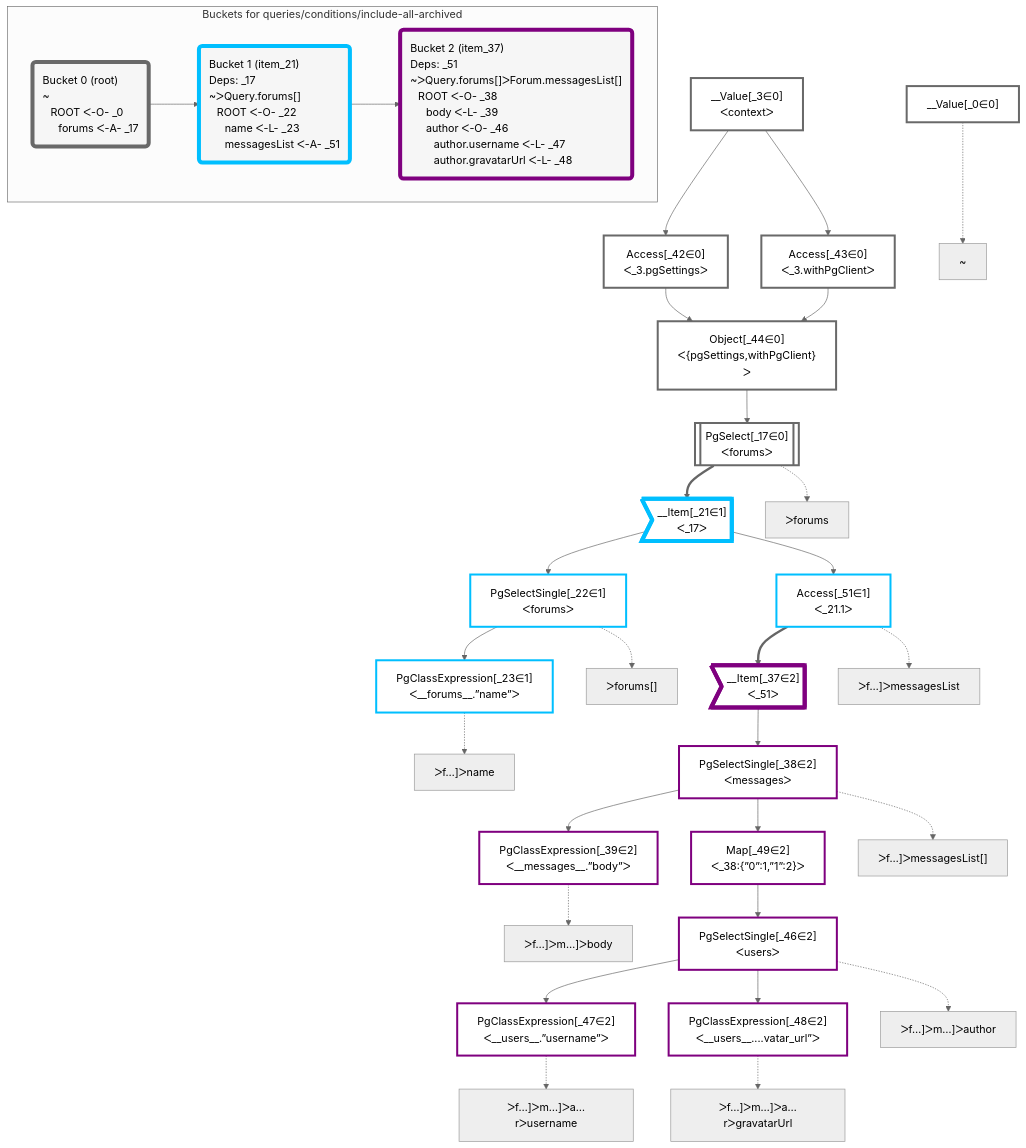
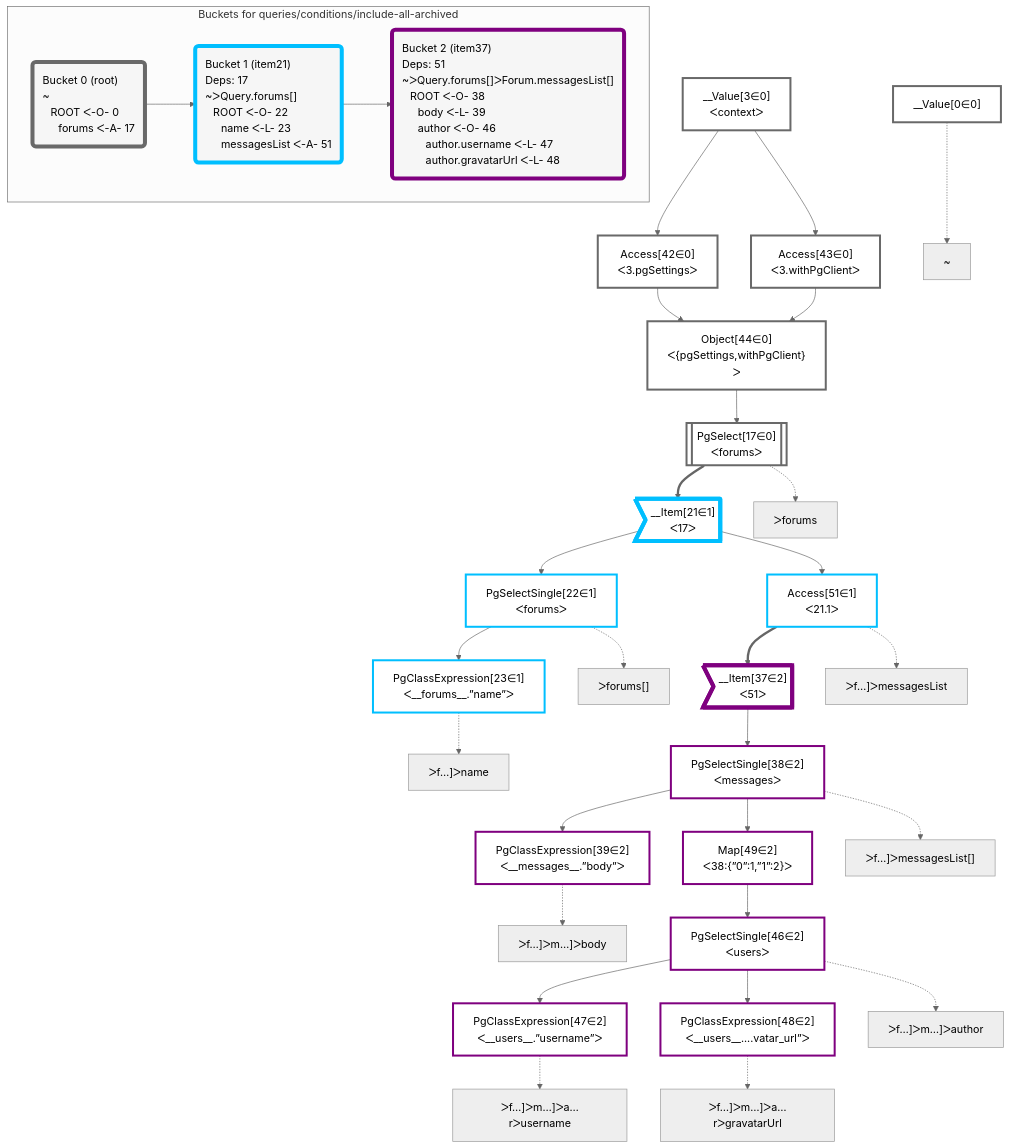
Before and after one commit to graphile/crystal: the diagram in packages/dataplan-pg/__tests__/queries/conditions/include-all-archived.mermaid.md, drawn with Mermaid (neutral theme). The commit also changed 195 other files, not shown here.

````diff
--- a/packages/dataplan-pg/__tests__/queries/conditions/include-all-archived.mermaid.md
+++ b/packages/dataplan-pg/__tests__/queries/conditions/include-all-archived.mermaid.md
@@ -1,81 +1,81 @@
 ```mermaid
 graph TD
     classDef path fill:#eee,stroke:#000,color:#000
     classDef plan fill:#fff,stroke-width:3px,color:#000
     classDef itemplan fill:#fff,stroke-width:6px,color:#000
     classDef sideeffectplan fill:#f00,stroke-width:6px,color:#000
     classDef bucket fill:#f6f6f6,color:#000,stroke-width:6px,text-align:left
 
 
     %% define plans
-    __Value_0["__Value[_0∈0]"]:::plan
-    PgClassExpression_23["PgClassExpression[_23∈1]<br />ᐸ__forums__.”name”ᐳ"]:::plan
-    PgSelectSingle_22["PgSelectSingle[_22∈1]<br />ᐸforumsᐳ"]:::plan
-    PgClassExpression_39["PgClassExpression[_39∈2]<br />ᐸ__messages__.”body”ᐳ"]:::plan
-    PgClassExpression_47["PgClassExpression[_47∈2]<br />ᐸ__users__.”username”ᐳ"]:::plan
-    PgClassExpression_48["PgClassExpression[_48∈2]<br />ᐸ__users__....vatar_url”ᐳ"]:::plan
-    PgSelectSingle_46["PgSelectSingle[_46∈2]<br />ᐸusersᐳ"]:::plan
-    Map_49["Map[_49∈2]<br />ᐸ_38:{”0”:1,”1”:2}ᐳ"]:::plan
-    PgSelectSingle_38["PgSelectSingle[_38∈2]<br />ᐸmessagesᐳ"]:::plan
-    __Item_37>"__Item[_37∈2]<br />ᐸ_51ᐳ"]:::itemplan
-    Access_51["Access[_51∈1]<br />ᐸ_21.1ᐳ"]:::plan
-    __Item_21>"__Item[_21∈1]<br />ᐸ_17ᐳ"]:::itemplan
-    PgSelect_17[["PgSelect[_17∈0]<br />ᐸforumsᐳ"]]:::plan
-    Object_44["Object[_44∈0]<br />ᐸ{pgSettings,withPgClient}ᐳ"]:::plan
-    Access_42["Access[_42∈0]<br />ᐸ_3.pgSettingsᐳ"]:::plan
-    Access_43["Access[_43∈0]<br />ᐸ_3.withPgClientᐳ"]:::plan
-    __Value_3["__Value[_3∈0]<br />ᐸcontextᐳ"]:::plan
+    __Value0["__Value[0∈0]"]:::plan
+    PgClassExpression23["PgClassExpression[23∈1]<br />ᐸ__forums__.”name”ᐳ"]:::plan
+    PgSelectSingle22["PgSelectSingle[22∈1]<br />ᐸforumsᐳ"]:::plan
+    PgClassExpression39["PgClassExpression[39∈2]<br />ᐸ__messages__.”body”ᐳ"]:::plan
+    PgClassExpression47["PgClassExpression[47∈2]<br />ᐸ__users__.”username”ᐳ"]:::plan
+    PgClassExpression48["PgClassExpression[48∈2]<br />ᐸ__users__....vatar_url”ᐳ"]:::plan
+    PgSelectSingle46["PgSelectSingle[46∈2]<br />ᐸusersᐳ"]:::plan
+    Map49["Map[49∈2]<br />ᐸ38:{”0”:1,”1”:2}ᐳ"]:::plan
+    PgSelectSingle38["PgSelectSingle[38∈2]<br />ᐸmessagesᐳ"]:::plan
+    __Item37>"__Item[37∈2]<br />ᐸ51ᐳ"]:::itemplan
+    Access51["Access[51∈1]<br />ᐸ21.1ᐳ"]:::plan
+    __Item21>"__Item[21∈1]<br />ᐸ17ᐳ"]:::itemplan
+    PgSelect17[["PgSelect[17∈0]<br />ᐸforumsᐳ"]]:::plan
+    Object44["Object[44∈0]<br />ᐸ{pgSettings,withPgClient}ᐳ"]:::plan
+    Access42["Access[42∈0]<br />ᐸ3.pgSettingsᐳ"]:::plan
+    Access43["Access[43∈0]<br />ᐸ3.withPgClientᐳ"]:::plan
+    __Value3["__Value[3∈0]<br />ᐸcontextᐳ"]:::plan
 
     %% plan dependencies
-    PgSelectSingle_22 --> PgClassExpression_23
-    __Item_21 --> PgSelectSingle_22
-    PgSelectSingle_38 --> PgClassExpression_39
-    PgSelectSingle_46 --> PgClassExpression_47
-    PgSelectSingle_46 --> PgClassExpression_48
-    Map_49 --> PgSelectSingle_46
-    PgSelectSingle_38 --> Map_49
-    __Item_37 --> PgSelectSingle_38
-    Access_51 ==> __Item_37
-    __Item_21 --> Access_51
-    PgSelect_17 ==> __Item_21
-    Object_44 --> PgSelect_17
-    Access_42 & Access_43 --> Object_44
-    __Value_3 --> Access_42
-    __Value_3 --> Access_43
+    PgSelectSingle22 --> PgClassExpression23
+    __Item21 --> PgSelectSingle22
+    PgSelectSingle38 --> PgClassExpression39
+    PgSelectSingle46 --> PgClassExpression47
+    PgSelectSingle46 --> PgClassExpression48
+    Map49 --> PgSelectSingle46
+    PgSelectSingle38 --> Map49
+    __Item37 --> PgSelectSingle38
+    Access51 ==> __Item37
+    __Item21 --> Access51
+    PgSelect17 ==> __Item21
+    Object44 --> PgSelect17
+    Access42 & Access43 --> Object44
+    __Value3 --> Access42
+    __Value3 --> Access43
 
     %% plan-to-path relationships
-    P_0["~"]
-    __Value_0 -.-> P_0
-    P_17["ᐳforums"]
-    PgSelect_17 -.-> P_17
-    P_22["ᐳforums[]"]
-    PgSelectSingle_22 -.-> P_22
-    P_23["ᐳf…]ᐳname"]
-    PgClassExpression_23 -.-> P_23
-    P_38["ᐳf…]ᐳmessagesList[]"]
-    PgSelectSingle_38 -.-> P_38
-    P_39["ᐳf…]ᐳm…]ᐳbody"]
-    PgClassExpression_39 -.-> P_39
-    P_46["ᐳf…]ᐳm…]ᐳauthor"]
-    PgSelectSingle_46 -.-> P_46
-    P_47["ᐳf…]ᐳm…]ᐳa…rᐳusername"]
-    PgClassExpression_47 -.-> P_47
-    P_48["ᐳf…]ᐳm…]ᐳa…rᐳgravatarUrl"]
-    PgClassExpression_48 -.-> P_48
-    P_51["ᐳf…]ᐳmessagesList"]
-    Access_51 -.-> P_51
+    P0["~"]
+    __Value0 -.-> P0
+    P17["ᐳforums"]
+    PgSelect17 -.-> P17
+    P22["ᐳforums[]"]
+    PgSelectSingle22 -.-> P22
+    P23["ᐳf…]ᐳname"]
+    PgClassExpression23 -.-> P23
+    P38["ᐳf…]ᐳmessagesList[]"]
+    PgSelectSingle38 -.-> P38
+    P39["ᐳf…]ᐳm…]ᐳbody"]
+    PgClassExpression39 -.-> P39
+    P46["ᐳf…]ᐳm…]ᐳauthor"]
+    PgSelectSingle46 -.-> P46
+    P47["ᐳf…]ᐳm…]ᐳa…rᐳusername"]
+    PgClassExpression47 -.-> P47
+    P48["ᐳf…]ᐳm…]ᐳa…rᐳgravatarUrl"]
+    PgClassExpression48 -.-> P48
+    P51["ᐳf…]ᐳmessagesList"]
+    Access51 -.-> P51
 
     subgraph "Buckets for queries/conditions/include-all-archived"
-    Bucket0("Bucket 0 (root)<br />~<br />⠀ROOT ᐸ-O- _0<br />⠀⠀forums ᐸ-A- _17"):::bucket
+    Bucket0("Bucket 0 (root)<br />~<br />⠀ROOT ᐸ-O- 0<br />⠀⠀forums ᐸ-A- 17"):::bucket
     classDef bucket0 stroke:#696969
-    class Bucket0,__Value_0,__Value_3,PgSelect_17,Access_42,Access_43,Object_44 bucket0
-    Bucket1("Bucket 1 (item_21)<br />Deps: _17<br />~ᐳQuery.forums[]<br />⠀ROOT ᐸ-O- _22<br />⠀⠀name ᐸ-L- _23<br />⠀⠀messagesList ᐸ-A- _51"):::bucket
+    class Bucket0,__Value0,__Value3,PgSelect17,Access42,Access43,Object44 bucket0
+    Bucket1("Bucket 1 (item21)<br />Deps: 17<br />~ᐳQuery.forums[]<br />⠀ROOT ᐸ-O- 22<br />⠀⠀name ᐸ-L- 23<br />⠀⠀messagesList ᐸ-A- 51"):::bucket
     classDef bucket1 stroke:#00bfff
-    class Bucket1,__Item_21,PgSelectSingle_22,PgClassExpression_23,Access_51 bucket1
-    Bucket2("Bucket 2 (item_37)<br />Deps: _51<br />~ᐳQuery.forums[]ᐳForum.messagesList[]<br />⠀ROOT ᐸ-O- _38<br />⠀⠀body ᐸ-L- _39<br />⠀⠀author ᐸ-O- _46<br />⠀⠀⠀author.username ᐸ-L- _47<br />⠀⠀⠀author.gravatarUrl ᐸ-L- _48"):::bucket
+    class Bucket1,__Item21,PgSelectSingle22,PgClassExpression23,Access51 bucket1
+    Bucket2("Bucket 2 (item37)<br />Deps: 51<br />~ᐳQuery.forums[]ᐳForum.messagesList[]<br />⠀ROOT ᐸ-O- 38<br />⠀⠀body ᐸ-L- 39<br />⠀⠀author ᐸ-O- 46<br />⠀⠀⠀author.username ᐸ-L- 47<br />⠀⠀⠀author.gravatarUrl ᐸ-L- 48"):::bucket
     classDef bucket2 stroke:#7f007f
-    class Bucket2,__Item_37,PgSelectSingle_38,PgClassExpression_39,PgSelectSingle_46,PgClassExpression_47,PgClassExpression_48,Map_49 bucket2
+    class Bucket2,__Item37,PgSelectSingle38,PgClassExpression39,PgSelectSingle46,PgClassExpression47,PgClassExpression48,Map49 bucket2
     Bucket0 --> Bucket1
     Bucket1 --> Bucket2
     end
 ```
````
